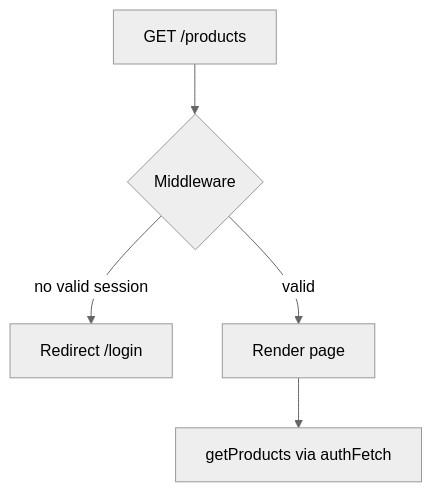
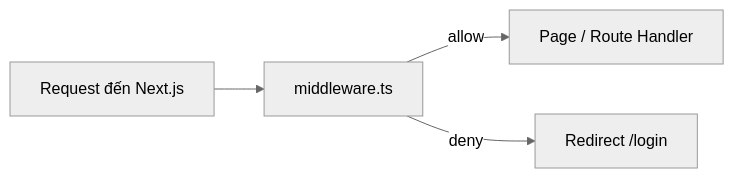
Before and after one commit to Tranloi2k/Become-A-Frontend-Developer: the first of 2 diagrams in NextJS/6. Middleware.md, drawn with Mermaid (neutral theme). The commit also changed other lines of this file and 34 other files, not shown here.

````diff
--- a/NextJS/6. Middleware.md
+++ b/NextJS/6. Middleware.md
@@ -95,7 +28,9 @@
 ```mermaid
-flowchart TD
-  A[GET /products] --> B{Middleware}
-  B -->|no valid session| C[Redirect /login]
-  B -->|valid| D[Render page]
-  D --> E[getProducts via authFetch]
+flowchart LR
+  R[Request đến Next.js]
+  M[middleware.ts]
+  P[Page / Route Handler]
+  R --> M
+  M -->|allow| P
+  M -->|deny| L[Redirect /login]
 ```
````
